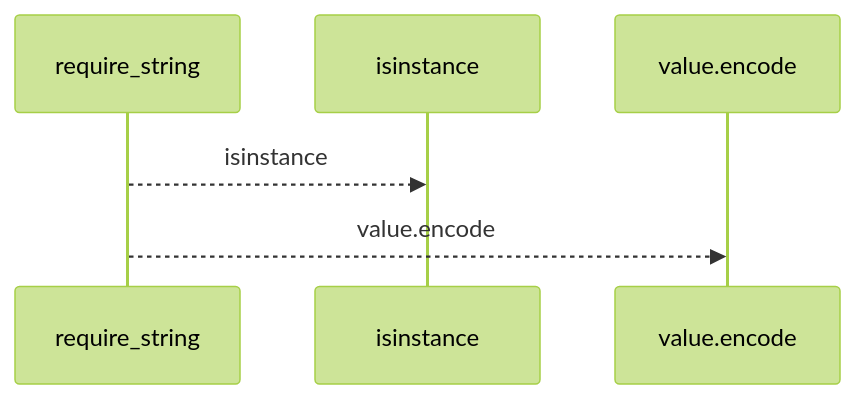
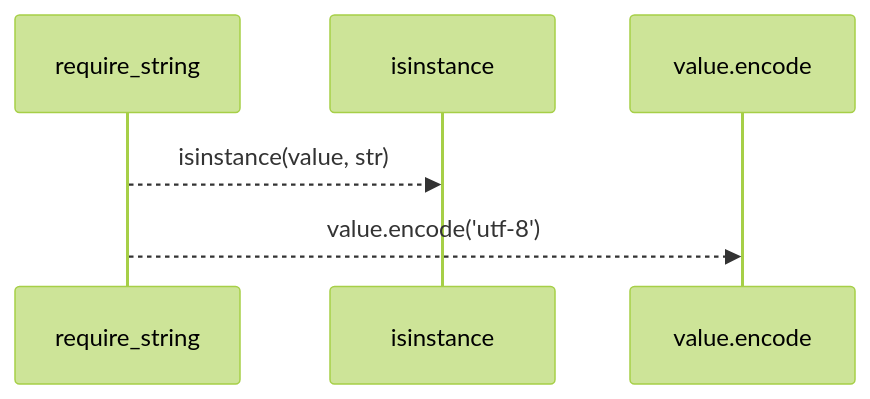
The first of 2 diagrams in docs/llm_wiki/flows/api-require_string.md (Denissvgn/python-wiki-llm), drawn with Mermaid (forest theme) before and after one commit. The commit also changed other lines of this file and 1410 other files, not shown here.

````diff
--- a/docs/llm_wiki/flows/api-require_string.md
+++ b/docs/llm_wiki/flows/api-require_string.md
@@ -10,8 +12,8 @@
 ```mermaid
 sequenceDiagram
     participant p0 as require_string
     participant p1 as isinstance
     participant p2 as value.encode
-    p0-->>p1: isinstance
-    p0-->>p2: value.encode
+    p0-->>p1: isinstance(value, str)
+    p0-->>p2: value.encode('utf-8')
 ```
````
